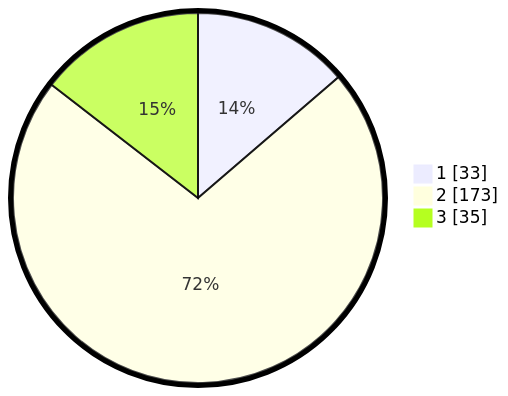
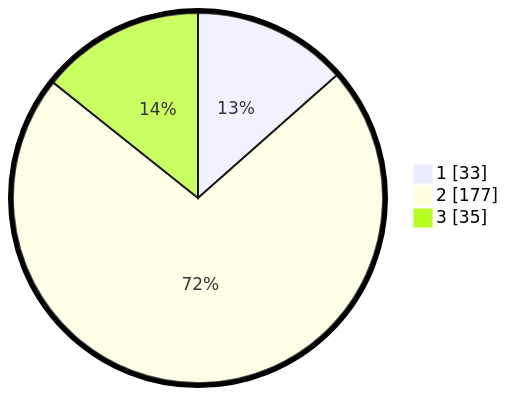
One commit to gigit-pemilu/pemilu-2024-52-nusa-tenggara-barat changed the second of 2 diagrams in pilpres/hitung-suara/sub/52-nusa-tenggara-barat/sub/01-lombok-barat/sub/12-lingsar/sub/2006-langko/sub/021-tps/README.md. Above: the diagram before and after it, drawn with Mermaid. The commit also changed other lines of this file and 103 other files, not shown here.

````diff
--- a/pilpres/hitung-suara/sub/52-nusa-tenggara-barat/sub/01-lombok-barat/sub/12-lingsar/sub/2006-langko/sub/021-tps/README.md
+++ b/pilpres/hitung-suara/sub/52-nusa-tenggara-barat/sub/01-lombok-barat/sub/12-lingsar/sub/2006-langko/sub/021-tps/README.md
@@ -13,7 +13,7 @@
 ```mermaid
 %%{init: {"pie": {"textPosition": 0.5}, "themeVariables": {"pieOuterStrokeWidth": "5px"}} }%%
 pie showData
     "1" : 33
-    "2" : 173
+    "2" : 177
     "3" : 35
 ```
````
